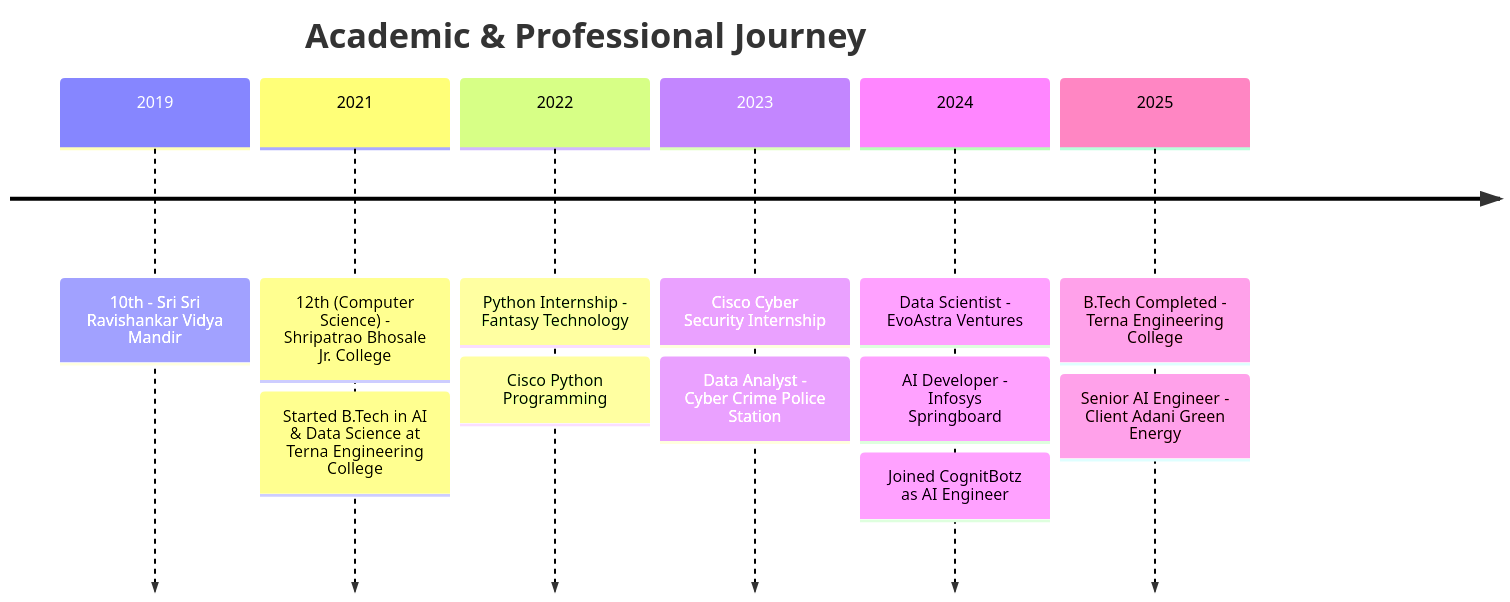
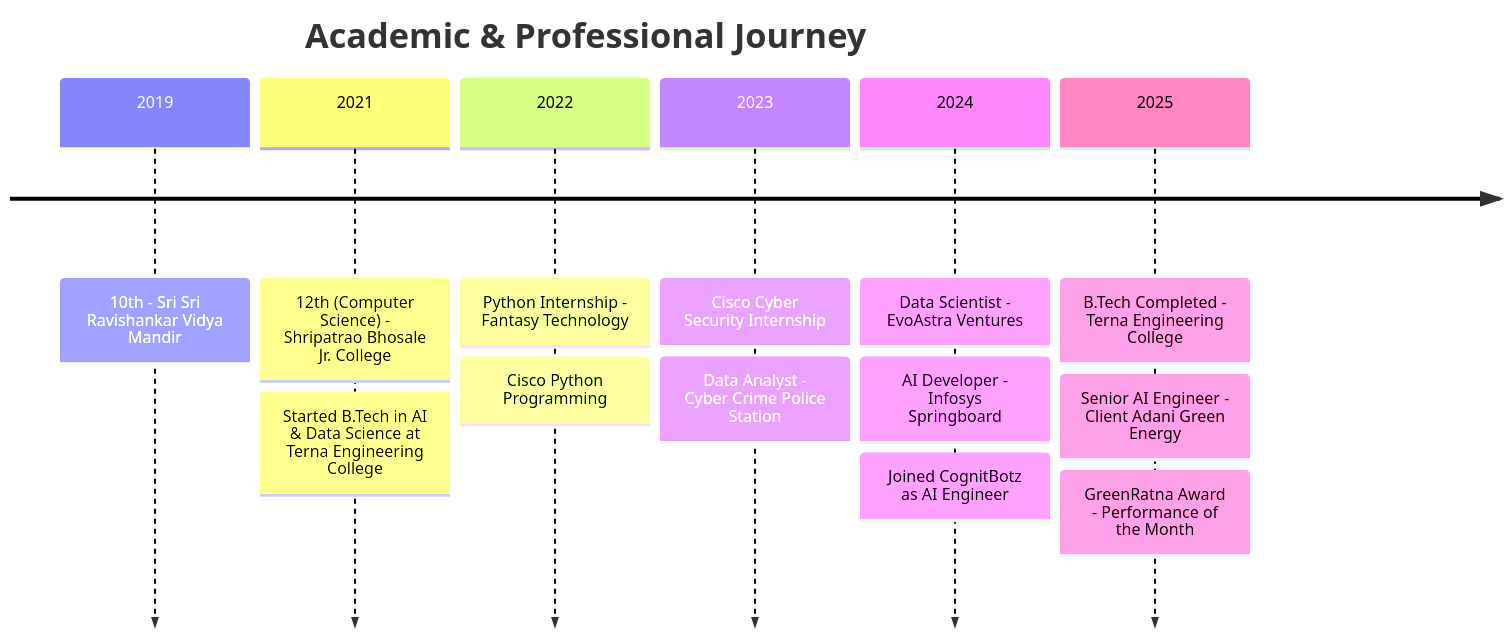
Before and after one commit to abhishekmane6122/abhishekmane6122: the first of 2 diagrams in Profile.md, drawn with Mermaid. The commit also changed other lines of this file, not shown here.

````diff
--- a/Profile.md
+++ b/Profile.md
@@ -204,16 +280,17 @@
 ```mermaid
 timeline
     title Academic & Professional Journey
     2019 : 10th - Sri Sri Ravishankar Vidya Mandir
     2021 : 12th (Computer Science) - Shripatrao Bhosale Jr. College
          : Started B.Tech in AI & Data Science at Terna Engineering College
     2022 : Python Internship - Fantasy Technology
          : Cisco Python Programming
     2023 : Cisco Cyber Security Internship
          : Data Analyst - Cyber Crime Police Station
     2024 : Data Scientist - EvoAstra Ventures
          : AI Developer - Infosys Springboard
          : Joined CognitBotz as AI Engineer
     2025 : B.Tech Completed - Terna Engineering College
          : Senior AI Engineer - Client Adani Green Energy
+         : GreenRatna Award - Performance of the Month
 ```
````
